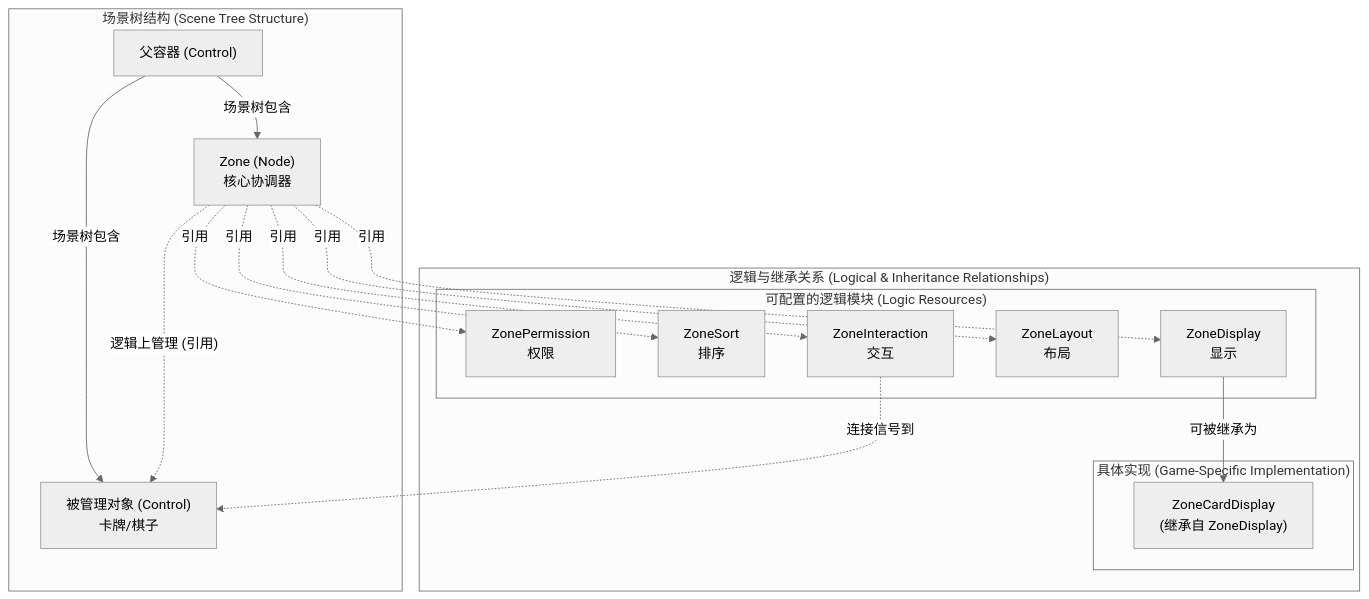
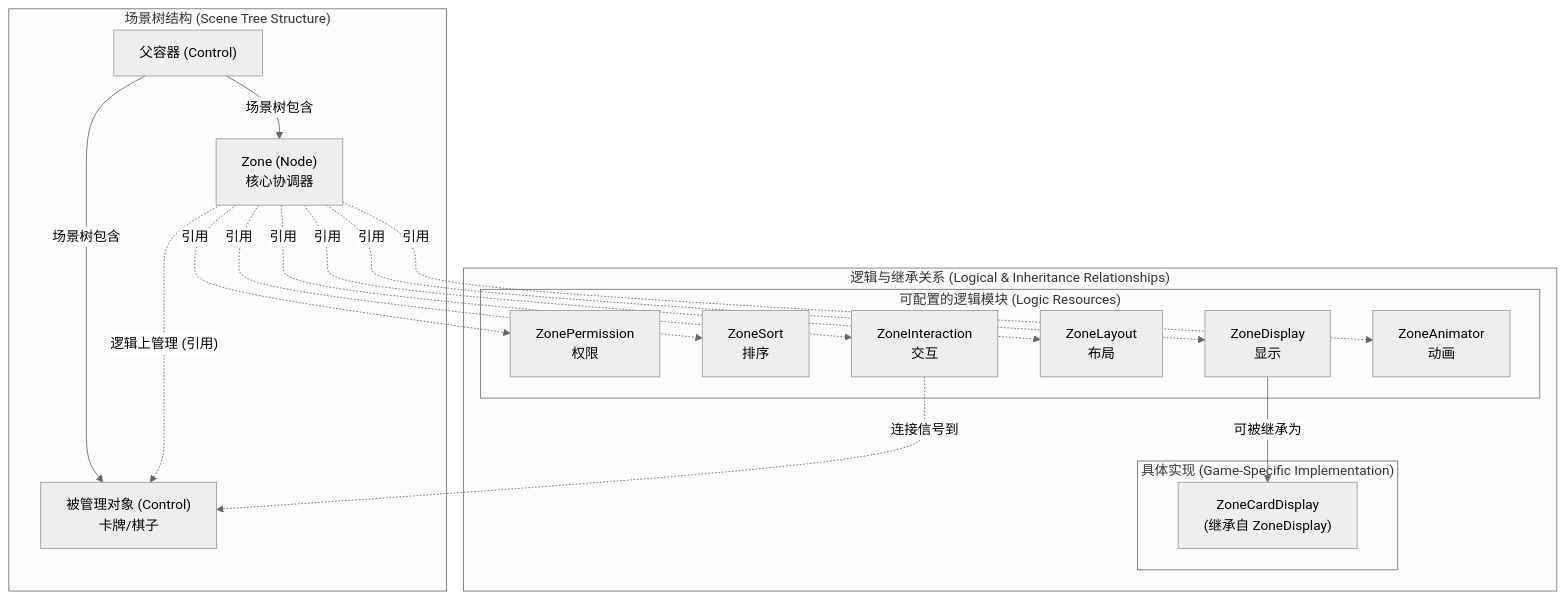
Before and after one commit to AmyF/nascent-soul: the first of 2 diagrams in README.md, drawn with Mermaid (neutral theme). The commit also changed other lines of this file and 3 other files, not shown here.

````diff
--- a/README.md
+++ b/README.md
@@ -29,36 +29,38 @@
 ```mermaid
 graph TD
     subgraph "场景树结构 (Scene Tree Structure)"
         ParentControl["父容器 (Control)"]
         ParentControl -- "场景树包含" --> Zone["Zone (Node)<br/>核心协调器"]
         ParentControl -- "场景树包含" --> ManagedObject["被管理对象 (Control)<br/>卡牌/棋子"]
     end
 
     subgraph "逻辑与继承关系 (Logical & Inheritance Relationships)"
         subgraph "可配置的逻辑模块 (Logic Resources)"
             LP[ZonePermission<br/>权限]
             LS[ZoneSort<br/>排序]
             LD[ZoneDisplay<br/>显示]
             LL[ZoneLayout<br/>布局]
             LI[ZoneInteraction<br/>交互]
+            LA[ZoneAnimator<br/>动画]
         end
 
         subgraph "具体实现 (Game-Specific Implementation)"
             CardDisplay["ZoneCardDisplay<br/>(继承自 ZoneDisplay)"]
         end
 
         %% 核心逻辑关系
         Zone -. "逻辑上管理 (引用)" .-> ManagedObject
         Zone -. "引用" .-> LP
         Zone -. "引用" .-> LS
         Zone -. "引用" .-> LD
         Zone -. "引用" .-> LL
         Zone -. "引用" .-> LI
+        Zone -. "引用" .-> LA
 
         %% 交互关系
         LI -. "连接信号到" .-> ManagedObject
 
         %% 继承关系
         LD -- "可被继承为" --> CardDisplay
     end
 ```
````
